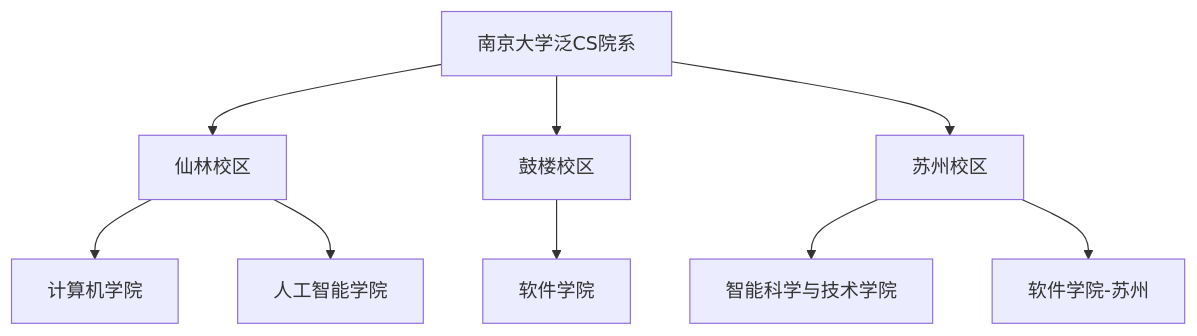
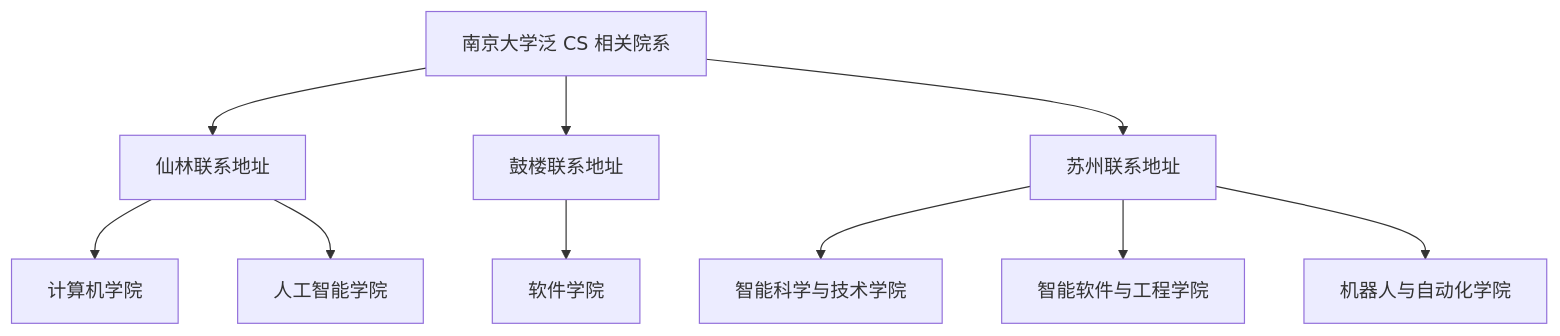
Before and after one commit to foxsplendid/SurviveNJU-CS: the diagram in docs/getting-started/cs-overview.md, drawn with Mermaid. The commit also changed other lines of this file and 64 other files, not shown here.

````diff
--- a/docs/getting-started/cs-overview.md
+++ b/docs/getting-started/cs-overview.md
@@ -11,14 +11,15 @@
 ```mermaid
 graph TD
-    NJU[南京大学泛CS院系] --> Xianlin[仙林校区]
-    NJU --> Gulou[鼓楼校区]
-    NJU --> Suzhou[苏州校区]
+    NJU["南京大学泛 CS 相关院系"] --> Xianlin["仙林联系地址"]
+    NJU --> Gulou["鼓楼联系地址"]
+    NJU --> Suzhou["苏州联系地址"]
     
     Xianlin --> CS[计算机学院]
     Xianlin --> AI[人工智能学院]
     
     Gulou --> SE[软件学院]
     
     Suzhou --> IST[智能科学与技术学院]
-    Suzhou --> SES[软件学院-苏州]
+    Suzhou --> ISE[智能软件与工程学院]
+    Suzhou --> RA[机器人与自动化学院]
 ```
````
